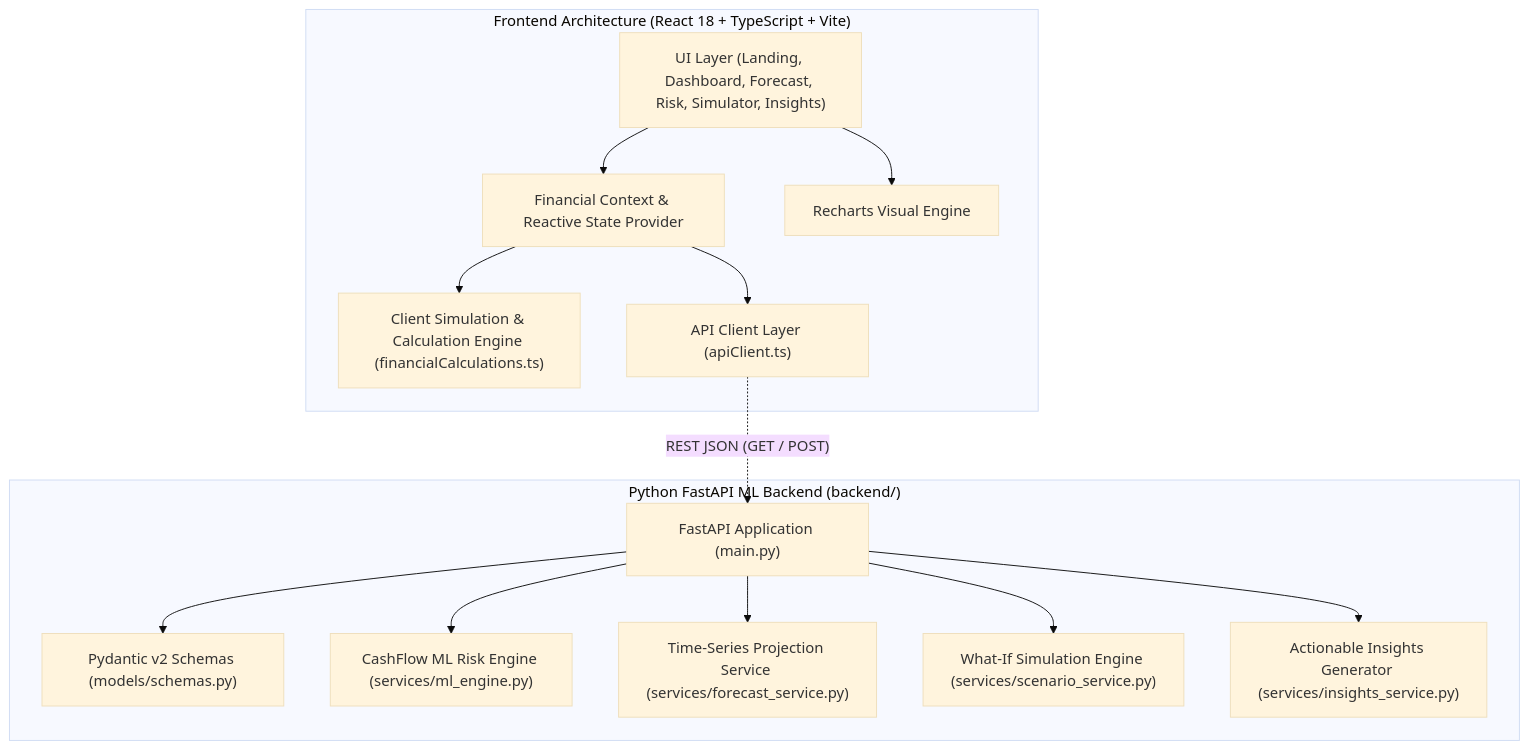
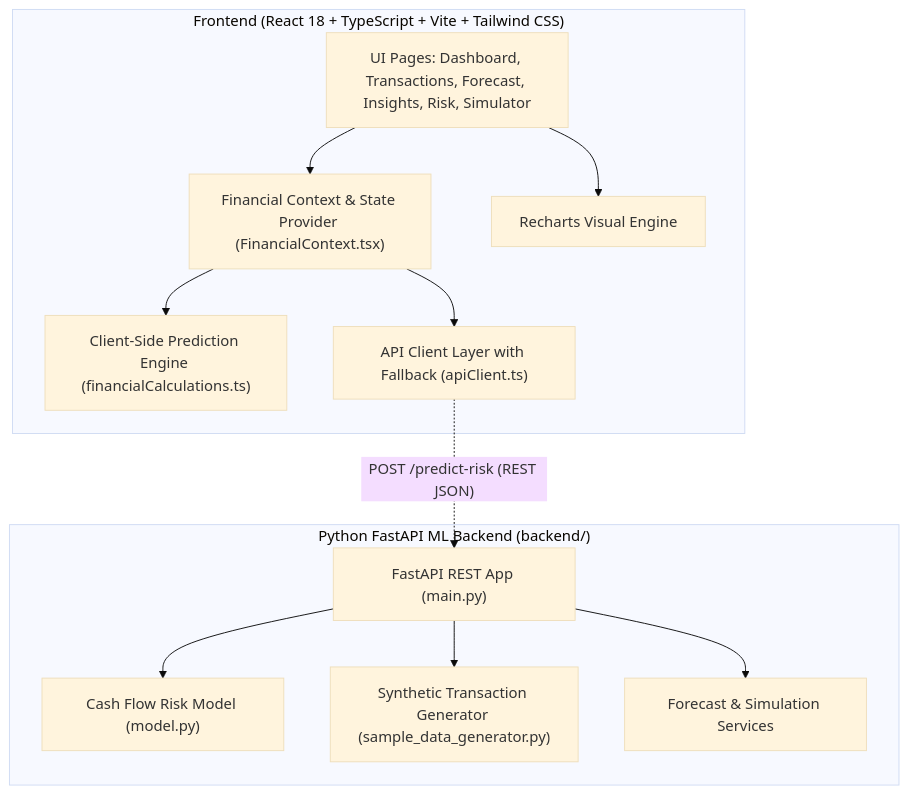
Before and after one commit to purvabopche/CashFlow-Guardian-AI: the diagram in README.md, drawn with Mermaid (base theme). The commit also changed other lines of this file and 17 other files, not shown here.

Commit message:
feat: complete hackathon-grade CashFlow Guardian AI with Transactions ledger, What-If simulator, Danger Zone forecast, and ML POST /predict-risk endpoint

````diff
--- a/README.md
+++ b/README.md
@@ -58,32 +51,28 @@
 ```mermaid
 flowchart TD
-    subgraph Client ["Frontend Architecture (React 18 + TypeScript + Vite)"]
-        UI["UI Layer (Landing, Dashboard, Forecast, Risk, Simulator, Insights)"]
-        Context["Financial Context & Reactive State Provider"]
-        Engine["Client Simulation & Calculation Engine (financialCalculations.ts)"]
-        APIClient["API Client Layer (apiClient.ts)"]
+    subgraph Frontend ["Frontend (React 18 + TypeScript + Vite + Tailwind CSS)"]
+        UI["UI Pages: Dashboard, Transactions, Forecast, Insights, Risk, Simulator"]
+        Context["Financial Context & State Provider (FinancialContext.tsx)"]
+        Engine["Client-Side Prediction Engine (financialCalculations.ts)"]
+        APIClient["API Client Layer with Fallback (apiClient.ts)"]
         Charts["Recharts Visual Engine"]
         
         UI --> Context
         UI --> Charts
         Context --> Engine
         Context --> APIClient
     end
 
     subgraph Backend ["Python FastAPI ML Backend (backend/)"]
-        Router["FastAPI Application (main.py)"]
-        Schemas["Pydantic v2 Schemas (models/schemas.py)"]
-        MLEngine["CashFlow ML Risk Engine (services/ml_engine.py)"]
-        ForecastService["Time-Series Projection Service (services/forecast_service.py)"]
-        ScenarioService["What-If Simulation Engine (services/scenario_service.py)"]
-        InsightsService["Actionable Insights Generator (services/insights_service.py)"]
+        FastAPIApp["FastAPI REST App (main.py)"]
+        MLModel["Cash Flow Risk Model (model.py)"]
+        DataGen["Synthetic Transaction Generator (sample_data_generator.py)"]
+        Services["Forecast & Simulation Services"]
         
-        Router --> Schemas
-        Router --> MLEngine
-        Router --> ForecastService
-        Router --> ScenarioService
-        Router --> InsightsService
+        FastAPIApp --> MLModel
+        FastAPIApp --> DataGen
+        FastAPIApp --> Services
     end
 
-    APIClient -.->|"REST JSON (GET / POST)"| Router
+    APIClient -.->|"POST /predict-risk (REST JSON)"| FastAPIApp
 ```
````
